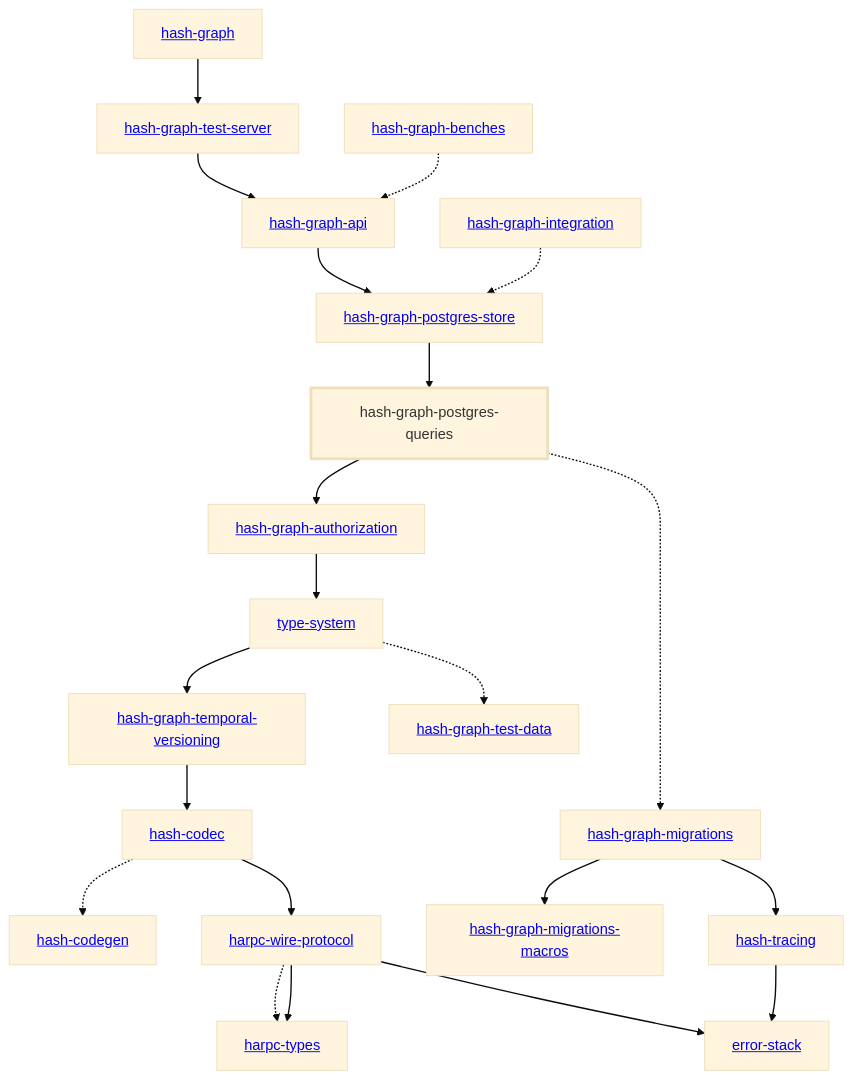
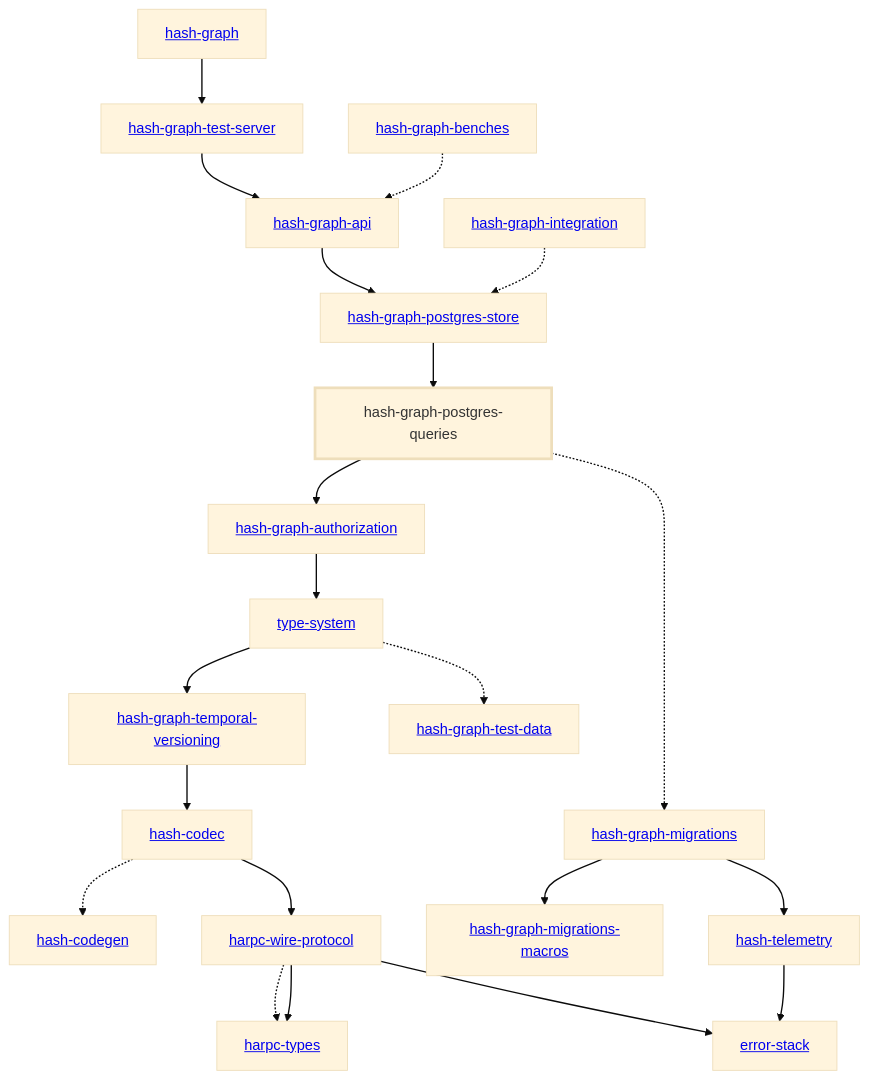
The diagram in libs/@local/graph/postgres-queries/docs/dependency-diagram.mmd (hashintel/hash), drawn with Mermaid (base theme) before and after one commit. The commit also changed 38 other files, not shown here.

Commit message:
Rename `hash-tracing` to `hash-telemetry`

```diff
--- a/libs/@local/graph/postgres-queries/docs/dependency-diagram.mmd
+++ b/libs/@local/graph/postgres-queries/docs/dependency-diagram.mmd
@@ -1,50 +1,50 @@
 graph TD
     linkStyle default stroke-width:1.5px
     classDef default stroke-width:1px
     classDef root stroke-width:3px
     classDef dev stroke-width:1px
     classDef build stroke-width:1px
     %% Legend
     %% --> : Normal dependency
     %% -.-> : Dev dependency
     %% ---> : Build dependency
     0[<a href="../hash_graph">hash-graph</a>]
     1[<a href="../type_system">type-system</a>]
     2[<a href="../hash_codec">hash-codec</a>]
     3[<a href="../hash_codegen">hash-codegen</a>]
     4[<a href="../hash_graph_api">hash-graph-api</a>]
     5[<a href="../hash_graph_authorization">hash-graph-authorization</a>]
     6[<a href="../hash_graph_migrations">hash-graph-migrations</a>]
     7[<a href="../hash_graph_migrations_macros">hash-graph-migrations-macros</a>]
     8[hash-graph-postgres-queries]
     class 8 root
     9[<a href="../hash_graph_postgres_store">hash-graph-postgres-store</a>]
     10[<a href="../hash_graph_temporal_versioning">hash-graph-temporal-versioning</a>]
     11[<a href="../hash_graph_test_server">hash-graph-test-server</a>]
     12[<a href="../harpc_types">harpc-types</a>]
     13[<a href="../harpc_wire_protocol">harpc-wire-protocol</a>]
-    14[<a href="../hash_tracing">hash-tracing</a>]
+    14[<a href="../hash_telemetry">hash-telemetry</a>]
     15[<a href="../error_stack">error-stack</a>]
     16[<a href="../hash_graph_benches">hash-graph-benches</a>]
     17[<a href="../hash_graph_integration">hash-graph-integration</a>]
     18[<a href="../hash_graph_test_data">hash-graph-test-data</a>]
     0 --> 11
     1 --> 10
     1 -.-> 18
     2 -.-> 3
     2 --> 13
     4 --> 9
     5 --> 1
     6 --> 7
     6 --> 14
     8 --> 5
     8 -.-> 6
     9 --> 8
     10 --> 2
     11 --> 4
     13 -.-> 12
     13 --> 12
     13 --> 15
     14 --> 15
     16 -.-> 4
     17 -.-> 9
```
